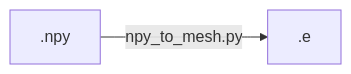
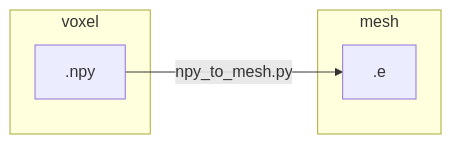
One commit to autotwin/mesh changed the diagram in doc/npy_to_mesh.md. Above: the diagram before and after it, drawn with Mermaid. The commit also changed 1 other file, not shown here.

Commit message:
better flowcharts

````diff
--- a/doc/npy_to_mesh.md
+++ b/doc/npy_to_mesh.md
@@ -3,4 +3,9 @@
 ```mermaid
-  graph LR;
-    .npy -- npy_to_mesh.py --> .e
+  flowchart LR
+    subgraph voxel
+      .npy
+    end
+    subgraph mesh
+      .npy -- npy_to_mesh.py --> .e
+    end
 ```
````
